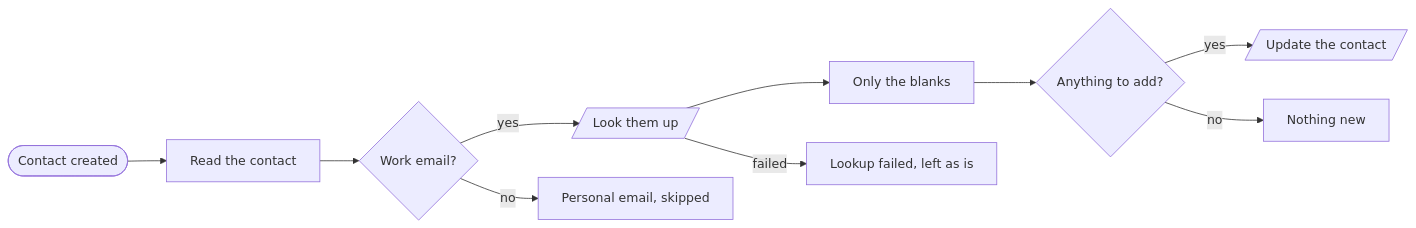
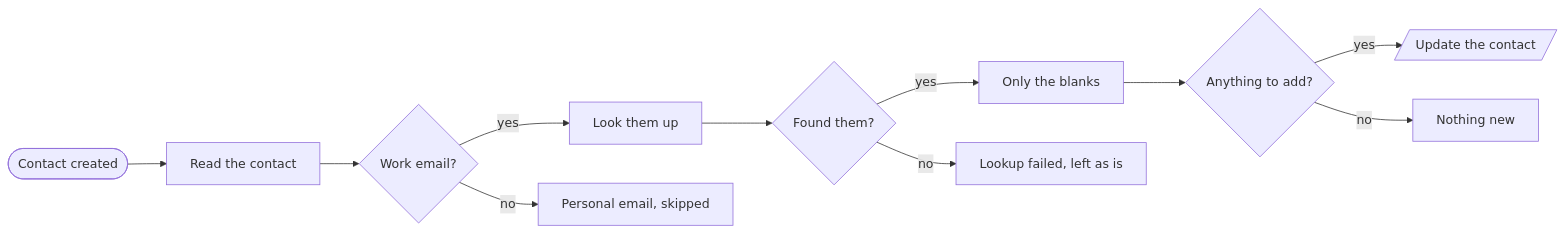
Before and after one commit to kimjoshuadr/n8n-workflows: the first of 5 diagrams in workflows/sales/README.md, drawn with Mermaid. The commit also changed other lines of this file and 184 other files, not shown here.

Commit message:
Finish the move to named platforms: blocks, BambooHR, generated README, schema and platform marks

````diff
--- a/workflows/sales/README.md
+++ b/workflows/sales/README.md
@@ -17,22 +15,24 @@
 ```mermaid
 flowchart LR
   n1qydrs1(["Contact created"])
   n2eqsr2["Read the contact"]
   nyhsxhn{"Work email?"}
-  n1txkk79[/"Look them up"/]
+  n1txkk79["Look them up"]
+  nadeu4e{"Found them?"}
   n1cq5gb["Only the blanks"]
   nvd6z7w{"Anything to add?"}
   nbg2io1[/"Update the contact"/]
   n66qtbt["Personal email, skipped"]
   nnsftqe["Nothing new"]
   nv50xcf["Lookup failed, left as is"]
   n1qydrs1 --> n2eqsr2
   n2eqsr2 --> nyhsxhn
   nyhsxhn -->|yes| n1txkk79
-  n1txkk79 --> n1cq5gb
+  n1txkk79 --> nadeu4e
+  nadeu4e -->|yes| n1cq5gb
   n1cq5gb --> nvd6z7w
   nvd6z7w -->|yes| nbg2io1
   nyhsxhn -->|no| n66qtbt
-  n1txkk79 -->|failed| nv50xcf
+  nadeu4e -->|no| nv50xcf
   nvd6z7w -->|no| nnsftqe
 ```
````
